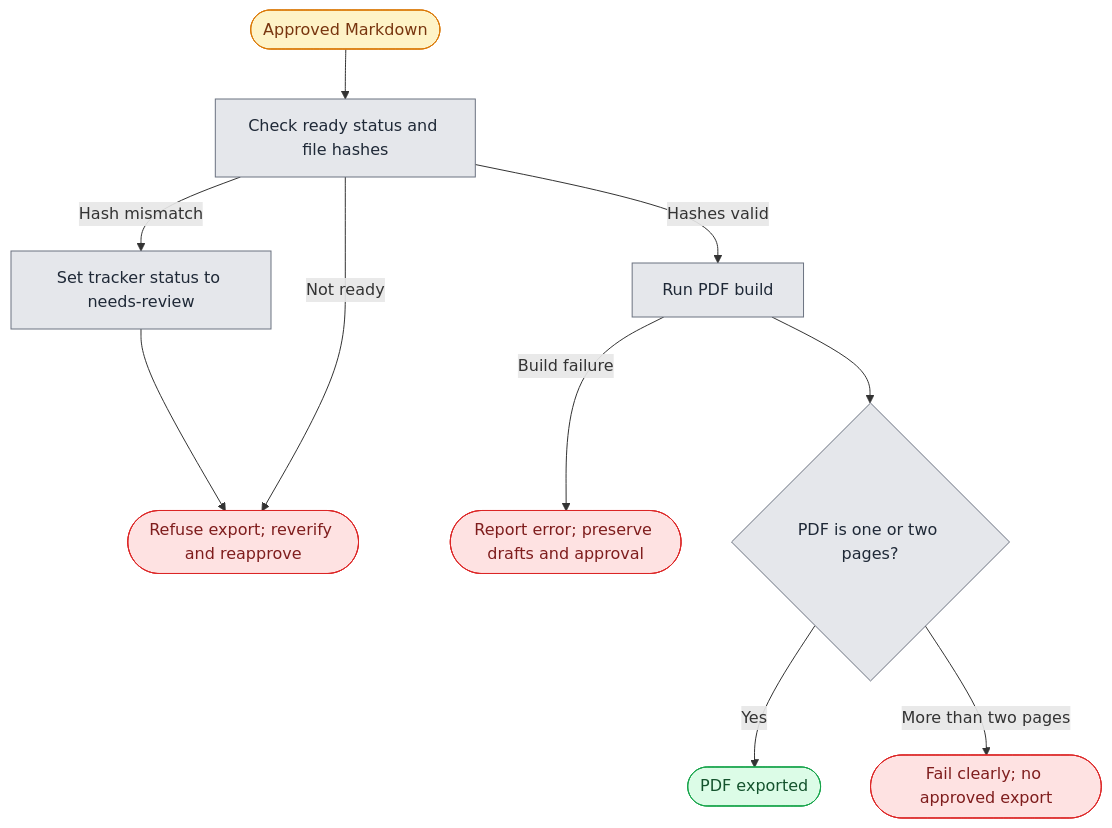
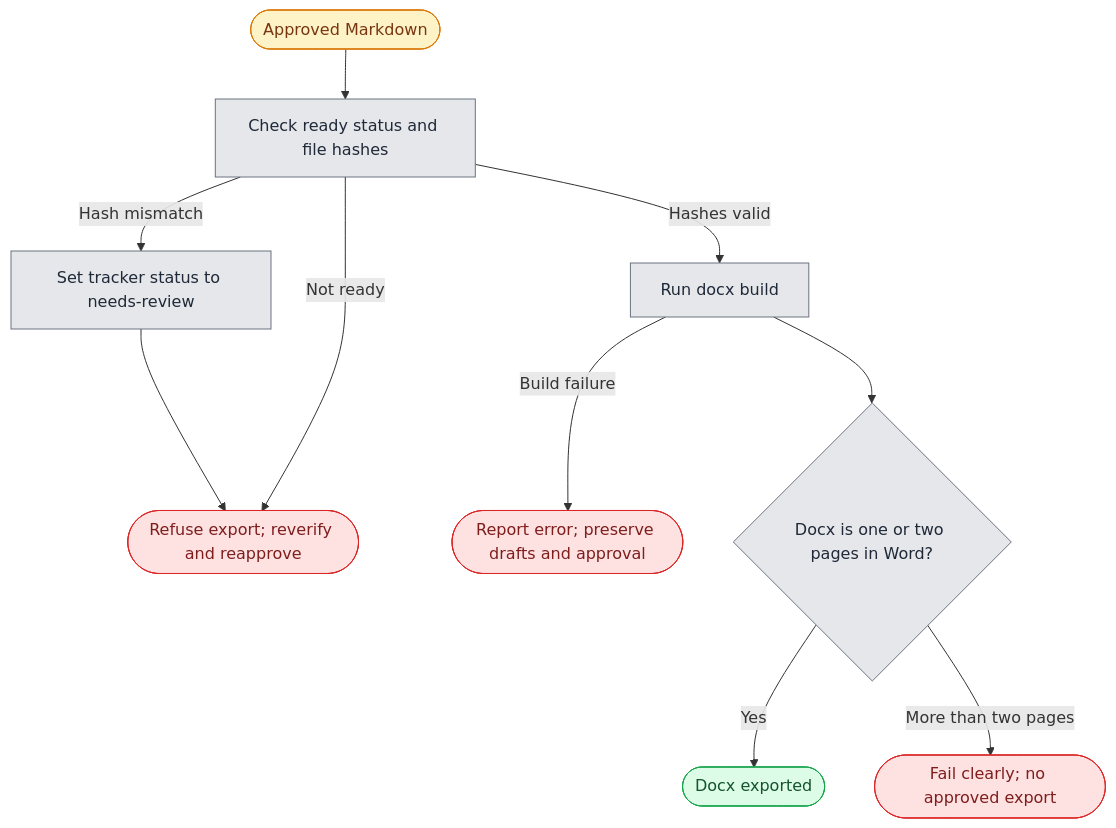
Before and after one commit to carriegale2710/master-resume: the third of 4 diagrams in docs/PRODUCT-SPEC.md, drawn with Mermaid. The commit also changed other lines of this file and 11 other files, not shown here.

First line of the commit message:
feat(build): export .docx via Pandoc instead of PDF

````diff
--- a/docs/PRODUCT-SPEC.md
+++ b/docs/PRODUCT-SPEC.md
@@ -132,21 +132,21 @@
 ```mermaid
 flowchart TD
     A([Approved Markdown]) --> B[Check ready status and file hashes]
     B -->|Hash mismatch| C[Set tracker status to needs-review]
     C --> D([Refuse export; reverify and reapprove])
     B -->|Not ready| D
-    B -->|Hashes valid| E[Run PDF build]
+    B -->|Hashes valid| E[Run docx build]
     E -->|Build failure| F([Report error; preserve drafts and approval])
-    E --> G{PDF is one or two pages?}
-    G -->|Yes| H([PDF exported])
+    E --> G{Docx is one or two pages in Word?}
+    G -->|Yes| H([Docx exported])
     G -->|More than two pages| I([Fail clearly; no approved export])
     classDef ai fill:#dbeafe,stroke:#2563eb,color:#1e3a8a
     classDef system fill:#e5e7eb,stroke:#6b7280,color:#1f2937
     classDef user fill:#fef3c7,stroke:#d97706,color:#78350f
     classDef success fill:#dcfce7,stroke:#16a34a,color:#14532d
     classDef error fill:#fee2e2,stroke:#dc2626,color:#7f1d1d
     class A user
     class B,C,E,G system
     class D,F,I error
     class H success
 ```
````
